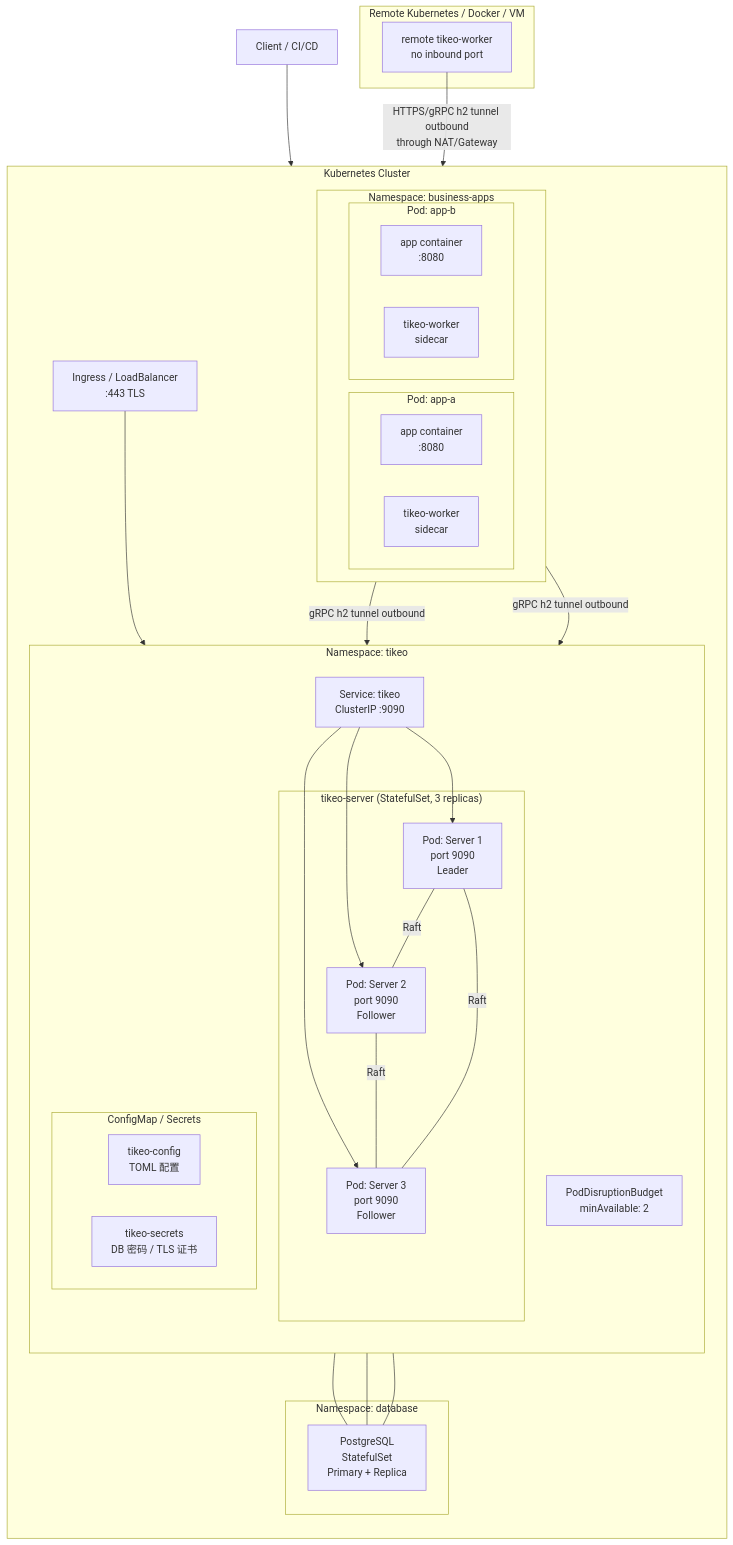
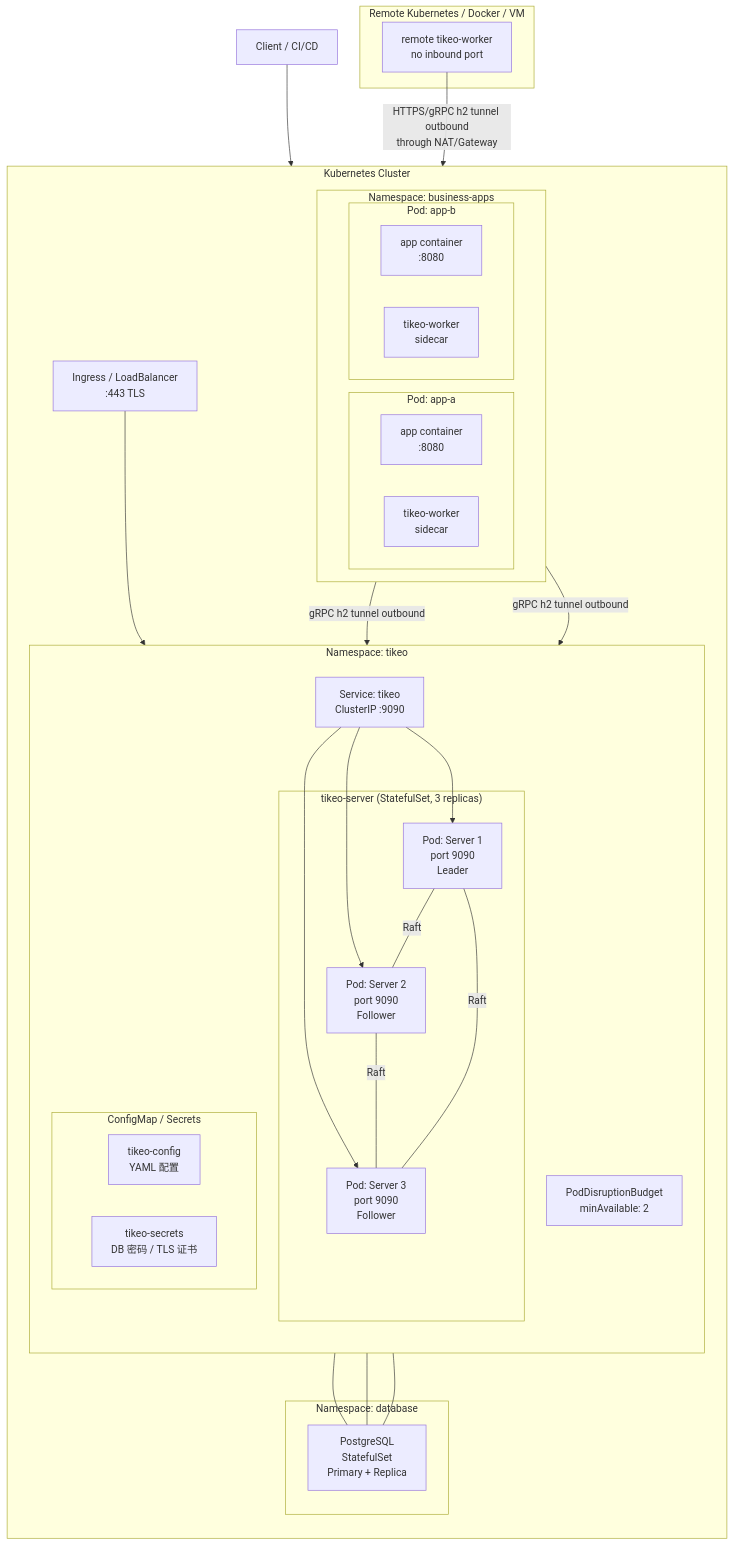
One commit to yhyzgn/tikeo changed diagram 12 of 18 in design/tikeo-architecture-design.md. Above: the diagram before and after it, drawn with Mermaid. The commit also changed other lines of this file and 289 other files, not shown here.

````diff
--- a/design/tikeo-architecture-design.md
+++ b/design/tikeo-architecture-design.md
@@ -1591,65 +1591,65 @@
 ```mermaid
 graph TB
     subgraph K8s["Kubernetes Cluster"]
         direction TB
 
         LB["Ingress / LoadBalancer<br/>:443 TLS"]
 
         subgraph NS["Namespace: tikeo"]
             direction TB
 
             subgraph StatefulSet["tikeo-server (StatefulSet, 3 replicas)"]
                 S1["Pod: Server 1<br/>port 9090<br/>Leader"]
                 S2["Pod: Server 2<br/>port 9090<br/>Follower"]
                 S3["Pod: Server 3<br/>port 9090<br/>Follower"]
             end
 
             SVC["Service: tikeo<br/>ClusterIP :9090"]
 
             subgraph CM["ConfigMap / Secrets"]
-                CFG["tikeo-config<br/>TOML 配置"]
+                CFG["tikeo-config<br/>YAML 配置"]
                 SEC["tikeo-secrets<br/>DB 密码 / TLS 证书"]
             end
 
             PDB["PodDisruptionBudget<br/>minAvailable: 2"]
         end
 
         subgraph DB_NS["Namespace: database"]
             PG["PostgreSQL<br/>StatefulSet<br/>Primary + Replica"]
         end
 
         subgraph App_NS["Namespace: business-apps"]
             direction LR
             subgraph Pod1["Pod: app-a"]
                 C1["app container<br/>:8080"]
                 SC1["tikeo-worker<br/>sidecar"]
             end
             subgraph Pod2["Pod: app-b"]
                 C2["app container<br/>:8080"]
                 SC2["tikeo-worker<br/>sidecar"]
             end
         end
     end
 
     subgraph RemoteK8s["Remote Kubernetes / Docker / VM"]
         RW["remote tikeo-worker<br/>no inbound port"]
     end
 
     CLIENT["Client / CI/CD"] --> LB
     LB --> SVC
     SVC --> S1
     SVC --> S2
     SVC --> S3
 
     S1 --- PG
     S2 --- PG
     S3 --- PG
 
     SC1 -->|gRPC h2 tunnel outbound| SVC
     SC2 -->|gRPC h2 tunnel outbound| SVC
     RW -->|HTTPS/gRPC h2 tunnel outbound<br/>through NAT/Gateway| LB
 
     S1 ---|Raft| S2
     S2 ---|Raft| S3
     S3 ---|Raft| S1
 ```
````
